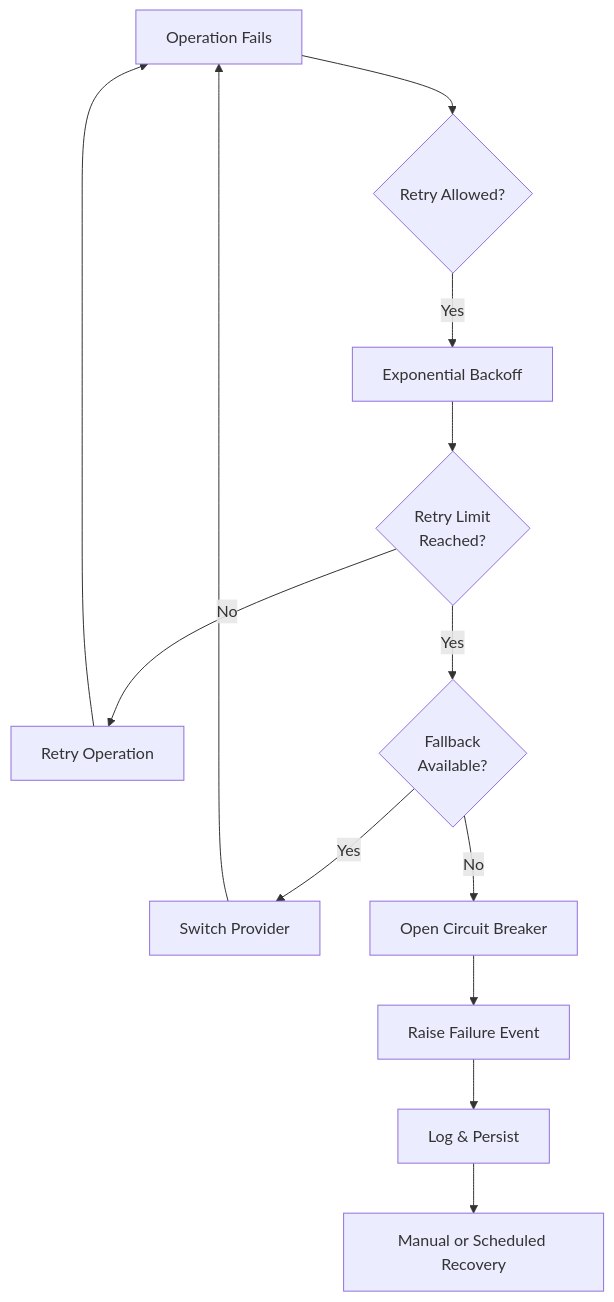
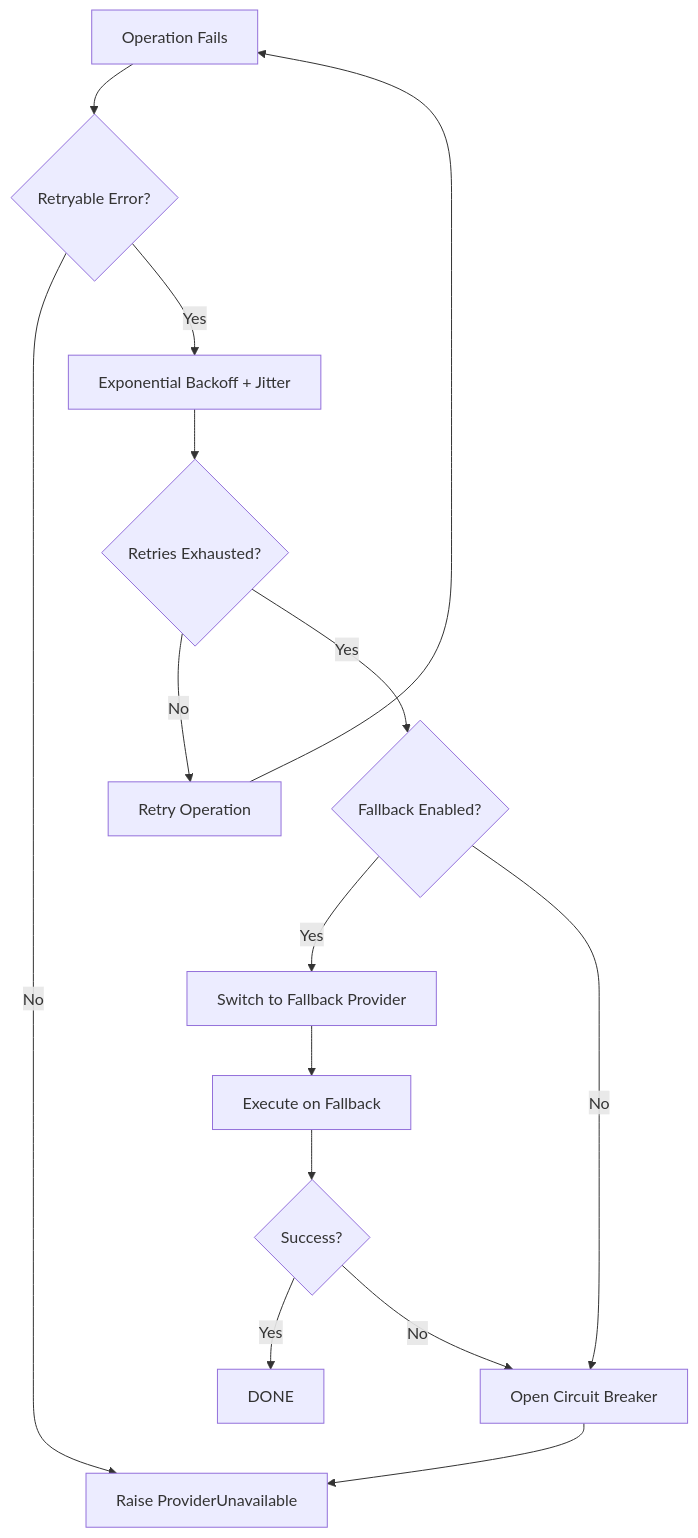
One commit to dsk-dev-ai/bookforge-ai changed the fifth of 8 diagrams in docs/ARCHITECTURE.md. Above: the diagram before and after it, drawn with Mermaid. The commit also changed other lines of this file and 33 other files, not shown here.

````diff
--- a/docs/ARCHITECTURE.md
+++ b/docs/ARCHITECTURE.md
@@ -460,16 +347,18 @@
 ```mermaid
 flowchart TB
     FAIL[Operation Fails]
-    FAIL --> RETRY{Retry Allowed?}
-    RETRY -->|Yes| BACKOFF[Exponential Backoff]
-    BACKOFF --> ATTEMPT{Retry Limit<br/>Reached?}
+    FAIL --> RETRY{Retryable Error?}
+    RETRY -->|No| RAISE[Raise Immediately]
+    RETRY -->|Yes| BACKOFF[Exponential Backoff + Jitter]
+    BACKOFF --> ATTEMPT{Retries Exhausted?}
     ATTEMPT -->|No| RETRY_OP[Retry Operation]
     RETRY_OP --> FAIL
-    ATTEMPT -->|Yes| FALLBACK{Fallback<br/>Available?}
-    FALLBACK -->|Yes| SWITCH[Switch Provider]
-    SWITCH --> FAIL
-    FALLBACK -->|No| CIRCUIT[Open Circuit Breaker]
-    CIRCUIT --> FAILURE[Raise Failure Event]
-    FAILURE --> LOG[Log & Persist]
-    LOG --> RECOVER[Manual or Scheduled Recovery]
+    ATTEMPT -->|Yes| FALLBACK{Fallback Enabled?}
+    FALLBACK -->|Yes| SWITCH[Switch to Fallback Provider]
+    SWITCH --> FALLBACK_OP[Execute on Fallback]
+    FALLBACK_OP --> FALLBACK_OK{Success?}
+    FALLBACK_OK -->|Yes| DONE
+    FALLBACK_OK -->|No| OPEN[Open Circuit Breaker]
+    FALLBACK -->|No| OPEN
+    OPEN --> RAISE[Raise ProviderUnavailable]
 ```
````
